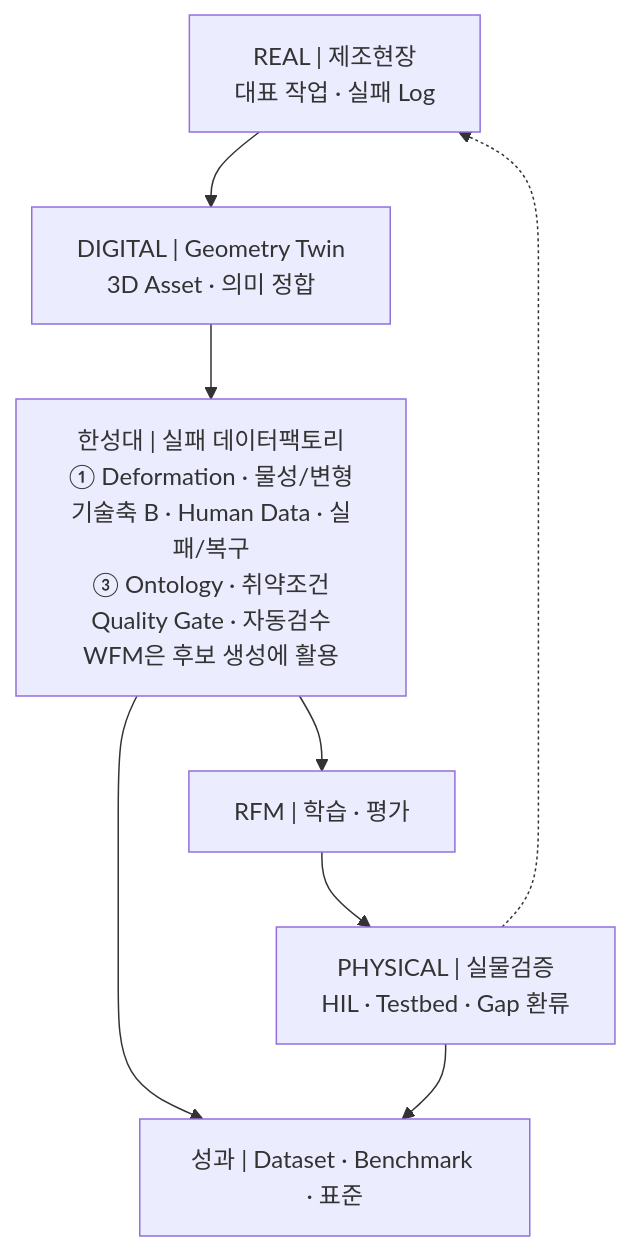
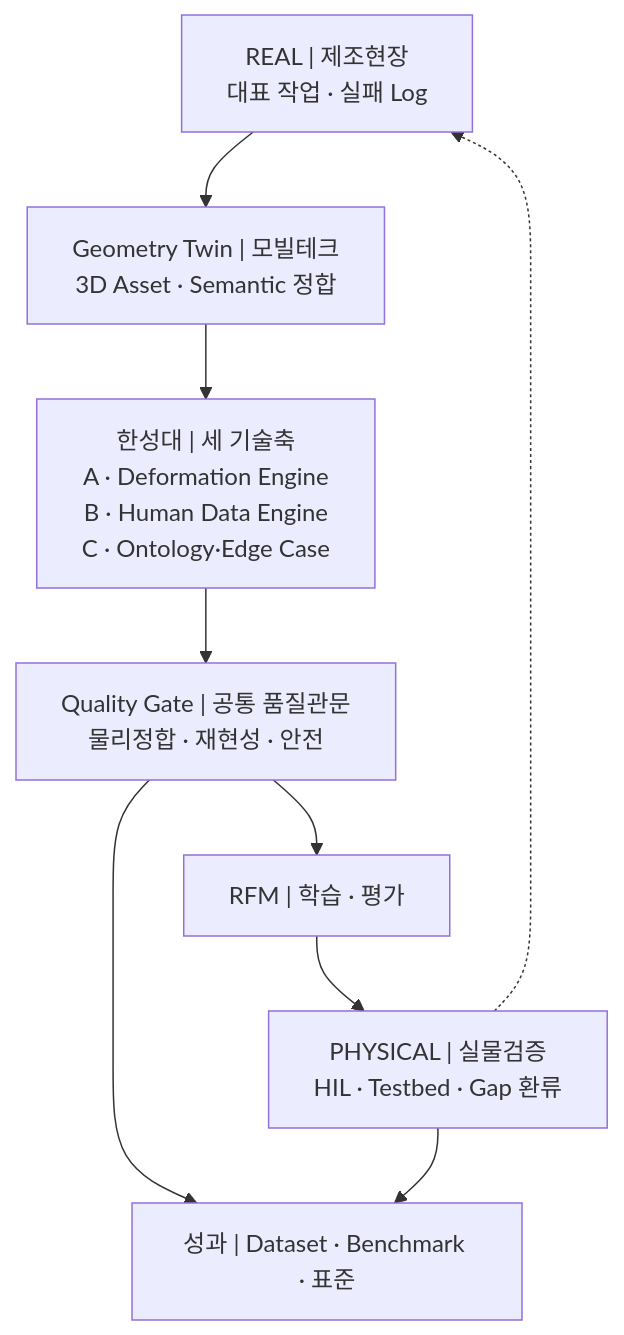
One commit to parclab-hsu/parclab-hsu.github.io changed the second of 2 diagrams in homepage-src/docs/projects/manufacturing-data-factory-rfm/roadmap.md. Above: the diagram before and after it, drawn with Mermaid. The commit also changed 4 other files, not shown here.

````diff
--- a/homepage-src/docs/projects/manufacturing-data-factory-rfm/roadmap.md
+++ b/homepage-src/docs/projects/manufacturing-data-factory-rfm/roadmap.md
@@ -75,14 +75,15 @@
 ```mermaid
 flowchart TB
     REAL["REAL | 제조현장<br/>대표 작업 · 실패 Log"]
-    GEO["DIGITAL | Geometry Twin<br/>3D Asset · 의미 정합"]
-    CORE["한성대 | 실패 데이터팩토리<br/>① Deformation · 물성/변형<br/>기술축 B · Human Data · 실패/복구<br/>③ Ontology · 취약조건<br/>Quality Gate · 자동검수<br/>WFM은 후보 생성에 활용"]
+    GEO["Geometry Twin | 모빌테크<br/>3D Asset · Semantic 정합"]
+    CORE["한성대 | 세 기술축<br/>A · Deformation Engine<br/>B · Human Data Engine<br/>C · Ontology·Edge Case"]
+    GATE["Quality Gate | 공통 품질관문<br/>물리정합 · 재현성 · 안전"]
     RFM["RFM | 학습 · 평가"]
     TEST["PHYSICAL | 실물검증<br/>HIL · Testbed · Gap 환류"]
     OUTPUT["성과 | Dataset · Benchmark · 표준"]
 
-    REAL --> GEO --> CORE --> RFM --> TEST
-    CORE --> OUTPUT
+    REAL --> GEO --> CORE --> GATE --> RFM --> TEST
+    GATE --> OUTPUT
     TEST --> OUTPUT
     TEST -.-> REAL
 ```
````
